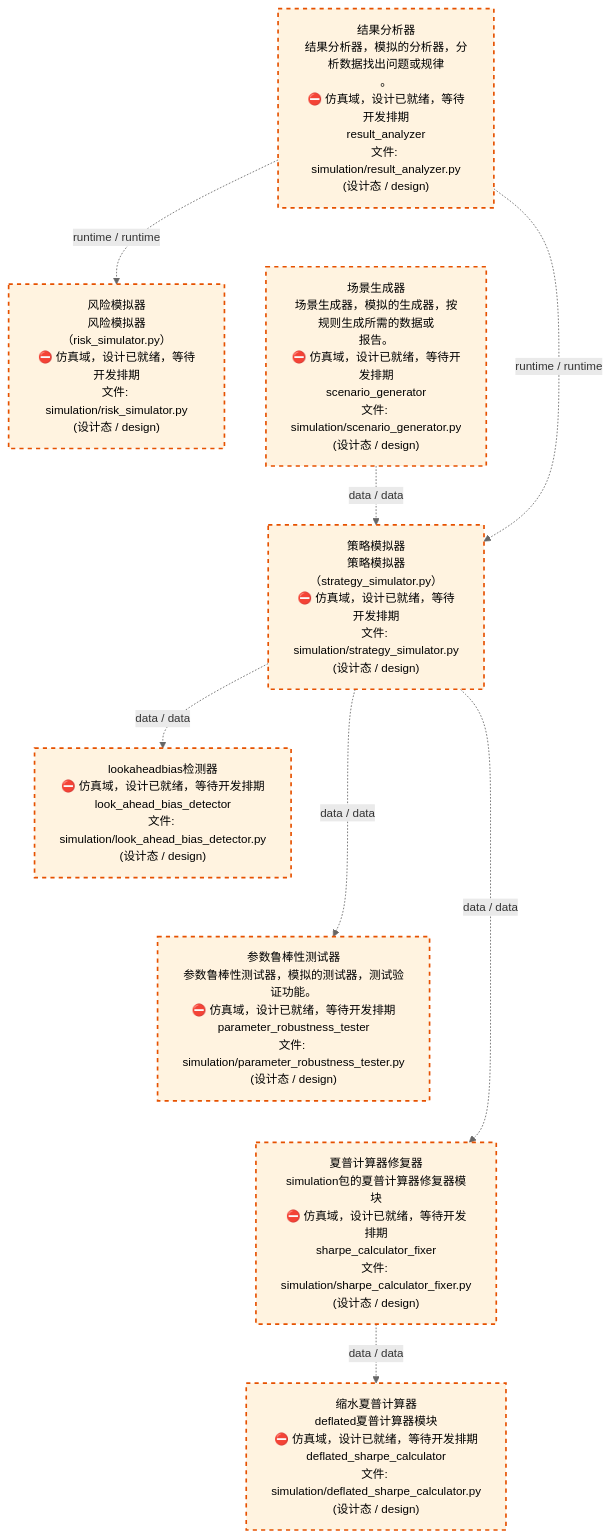
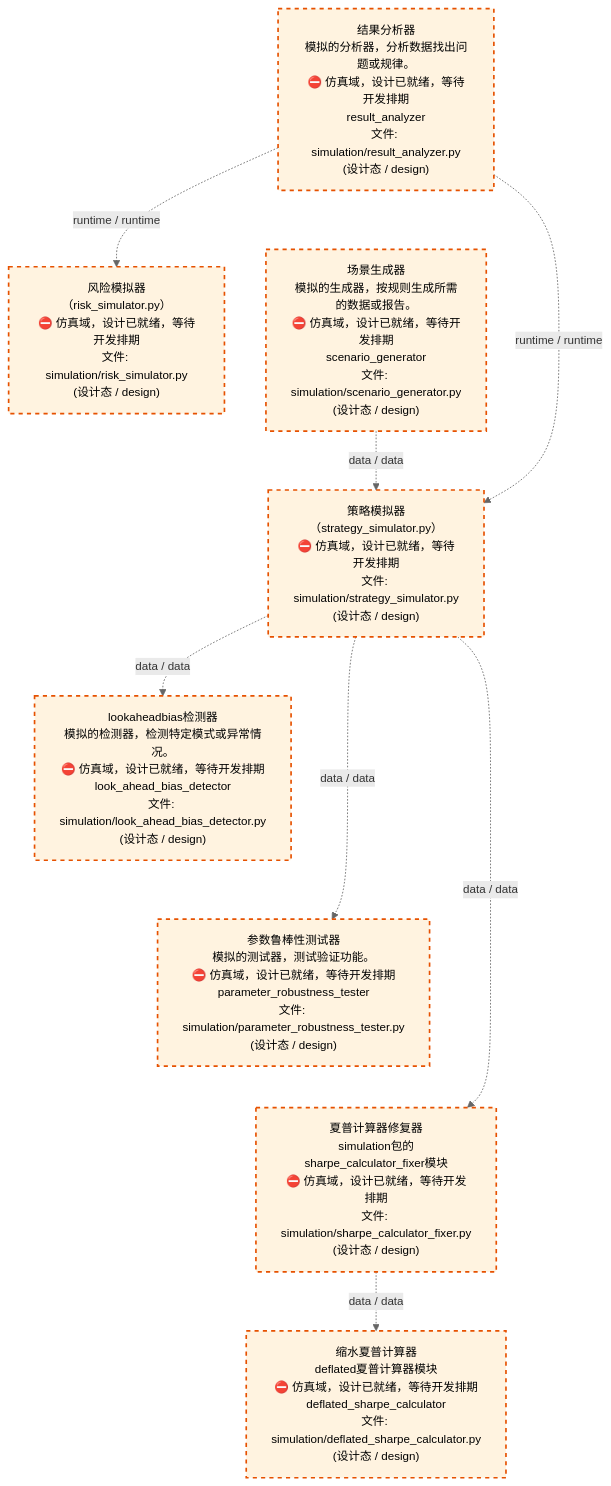
One commit to xuanFelixVan/ZephyrAlpha changed the third of 4 diagrams in docs/02_enterprise_architecture/02_domain_architecture_docs/70_d_simulation.md. Above: the diagram before and after it, drawn with Mermaid. The commit also changed other lines of this file and 61 other files, not shown here.

````diff
--- a/docs/02_enterprise_architecture/02_domain_architecture_docs/70_d_simulation.md
+++ b/docs/02_enterprise_architecture/02_domain_architecture_docs/70_d_simulation.md
@@ -112,28 +112,28 @@
 ```mermaid
 %%{init: {'theme': 'base', 'themeVariables': {'primaryColor': '#eaeaea', 'primaryTextColor': '#333333', 'primaryBorderColor': '#666666', 'lineColor': '#666666', 'secondaryColor': '#eaeaea', 'tertiaryColor': '#eaeaea', 'fontSize': '14px'}}}%%
 flowchart TD
-    src_zephyr_simulation_result_analyzer_py["结果分析器<br/>结果分析器，模拟的分析器，分析数据找出问题或规律<br/>。<br/>⛔ 仿真域，设计已就绪，等待开发排期<br/>result_analyzer<br/>文件: simulation/result_analyzer.py<br/>(设计态 / design)"]
-    src_zephyr_simulation_scenario_generator_py["场景生成器<br/>场景生成器，模拟的生成器，按规则生成所需的数据或<br/>报告。<br/>⛔ 仿真域，设计已就绪，等待开发排期<br/>scenario_generator<br/>文件: simulation/scenario_generator.py<br/>(设计态 / design)"]
+    src_zephyr_simulation_result_analyzer_py["结果分析器<br/>模拟的分析器，分析数据找出问题或规律。<br/>⛔ 仿真域，设计已就绪，等待开发排期<br/>result_analyzer<br/>文件: simulation/result_analyzer.py<br/>(设计态 / design)"]
+    src_zephyr_simulation_scenario_generator_py["场景生成器<br/>模拟的生成器，按规则生成所需的数据或报告。<br/>⛔ 仿真域，设计已就绪，等待开发排期<br/>scenario_generator<br/>文件: simulation/scenario_generator.py<br/>(设计态 / design)"]
     src_zephyr_simulation_result_analyzer_py ~~~ src_zephyr_simulation_scenario_generator_py
-    src_zephyr_simulation_risk_simulator_py["风险模拟器<br/>风险模拟器（risk_simulator.py）<br/>⛔ 仿真域，设计已就绪，等待开发排期<br/>文件: simulation/risk_simulator.py<br/>(设计态 / design)"]
-    src_zephyr_simulation_strategy_simulator_py["策略模拟器<br/>策略模拟器（strategy_simulator.py）<br/>⛔ 仿真域，设计已就绪，等待开发排期<br/>文件: simulation/strategy_simulator.py<br/>(设计态 / design)"]
+    src_zephyr_simulation_risk_simulator_py["风险模拟器<br/>（risk_simulator.py）<br/>⛔ 仿真域，设计已就绪，等待开发排期<br/>文件: simulation/risk_simulator.py<br/>(设计态 / design)"]
+    src_zephyr_simulation_strategy_simulator_py["策略模拟器<br/>（strategy_simulator.py）<br/>⛔ 仿真域，设计已就绪，等待开发排期<br/>文件: simulation/strategy_simulator.py<br/>(设计态 / design)"]
     src_zephyr_simulation_risk_simulator_py ~~~ src_zephyr_simulation_strategy_simulator_py
-    src_zephyr_simulation_look_ahead_bias_detector_py["lookaheadbias检测器<br/>⛔ 仿真域，设计已就绪，等待开发排期<br/>look_ahead_bias_detector<br/>文件: simulation/look_ahead_bias_detector.py<br/>(设计态 / design)"]
-    src_zephyr_simulation_parameter_robustness_tester_py["参数鲁棒性测试器<br/>参数鲁棒性测试器，模拟的测试器，测试验证功能。<br/>⛔ 仿真域，设计已就绪，等待开发排期<br/>parameter_robustness_tester<br/>文件: simulation/parameter_robustness_tester.py<br/>(设计态 / design)"]
-    src_zephyr_simulation_sharpe_calculator_fixer_py["夏普计算器修复器<br/>simulation包的夏普计算器修复器模块<br/>⛔ 仿真域，设计已就绪，等待开发排期<br/>sharpe_calculator_fixer<br/>文件: simulation/sharpe_calculator_fixer.py<br/>(设计态 / design)"]
+    src_zephyr_simulation_look_ahead_bias_detector_py["lookaheadbias检测器<br/>模拟的检测器，检测特定模式或异常情况。<br/>⛔ 仿真域，设计已就绪，等待开发排期<br/>look_ahead_bias_detector<br/>文件: simulation/look_ahead_bias_detector.py<br/>(设计态 / design)"]
+    src_zephyr_simulation_parameter_robustness_tester_py["参数鲁棒性测试器<br/>模拟的测试器，测试验证功能。<br/>⛔ 仿真域，设计已就绪，等待开发排期<br/>parameter_robustness_tester<br/>文件: simulation/parameter_robustness_tester.py<br/>(设计态 / design)"]
+    src_zephyr_simulation_sharpe_calculator_fixer_py["夏普计算器修复器<br/>simulation包的sharpe_calculator_fixer模块<br/>⛔ 仿真域，设计已就绪，等待开发排期<br/>文件: simulation/sharpe_calculator_fixer.py<br/>(设计态 / design)"]
     src_zephyr_simulation_look_ahead_bias_detector_py ~~~ src_zephyr_simulation_parameter_robustness_tester_py
     src_zephyr_simulation_parameter_robustness_tester_py ~~~ src_zephyr_simulation_sharpe_calculator_fixer_py
     src_zephyr_simulation_deflated_sharpe_calculator_py["缩水夏普计算器<br/>deflated夏普计算器模块<br/>⛔ 仿真域，设计已就绪，等待开发排期<br/>deflated_sharpe_calculator<br/>文件: simulation/deflated_sharpe_calculator.py<br/>(设计态 / design)"]
     src_zephyr_simulation_strategy_simulator_py -.->|data / data| src_zephyr_simulation_parameter_robustness_tester_py
     src_zephyr_simulation_strategy_simulator_py -.->|data / data| src_zephyr_simulation_look_ahead_bias_detector_py
     src_zephyr_simulation_strategy_simulator_py -.->|data / data| src_zephyr_simulation_sharpe_calculator_fixer_py
     src_zephyr_simulation_scenario_generator_py -.->|data / data| src_zephyr_simulation_strategy_simulator_py
     src_zephyr_simulation_result_analyzer_py -.->|runtime / runtime| src_zephyr_simulation_strategy_simulator_py
     src_zephyr_simulation_result_analyzer_py -.->|runtime / runtime| src_zephyr_simulation_risk_simulator_py
     src_zephyr_simulation_sharpe_calculator_fixer_py -.->|data / data| src_zephyr_simulation_deflated_sharpe_calculator_py
     classDef production fill:#e1f5fe,stroke:#01579b,stroke-width:2px,color:#000
     classDef design fill:#fff3e0,stroke:#e65100,stroke-width:2px,color:#000,stroke-dasharray: 5 5
     classDef external_prod fill:#e8f4fd,stroke:#0277bd,stroke-width:1px,color:#000
     classDef external_design fill:#fff8e7,stroke:#ef6c00,stroke-width:1px,color:#000,stroke-dasharray: 5 5
     class src_zephyr_simulation_deflated_sharpe_calculator_py,src_zephyr_simulation_look_ahead_bias_detector_py,src_zephyr_simulation_parameter_robustness_tester_py,src_zephyr_simulation_result_analyzer_py,src_zephyr_simulation_risk_simulator_py,src_zephyr_simulation_scenario_generator_py,src_zephyr_simulation_sharpe_calculator_fixer_py,src_zephyr_simulation_strategy_simulator_py design
 ```
````
